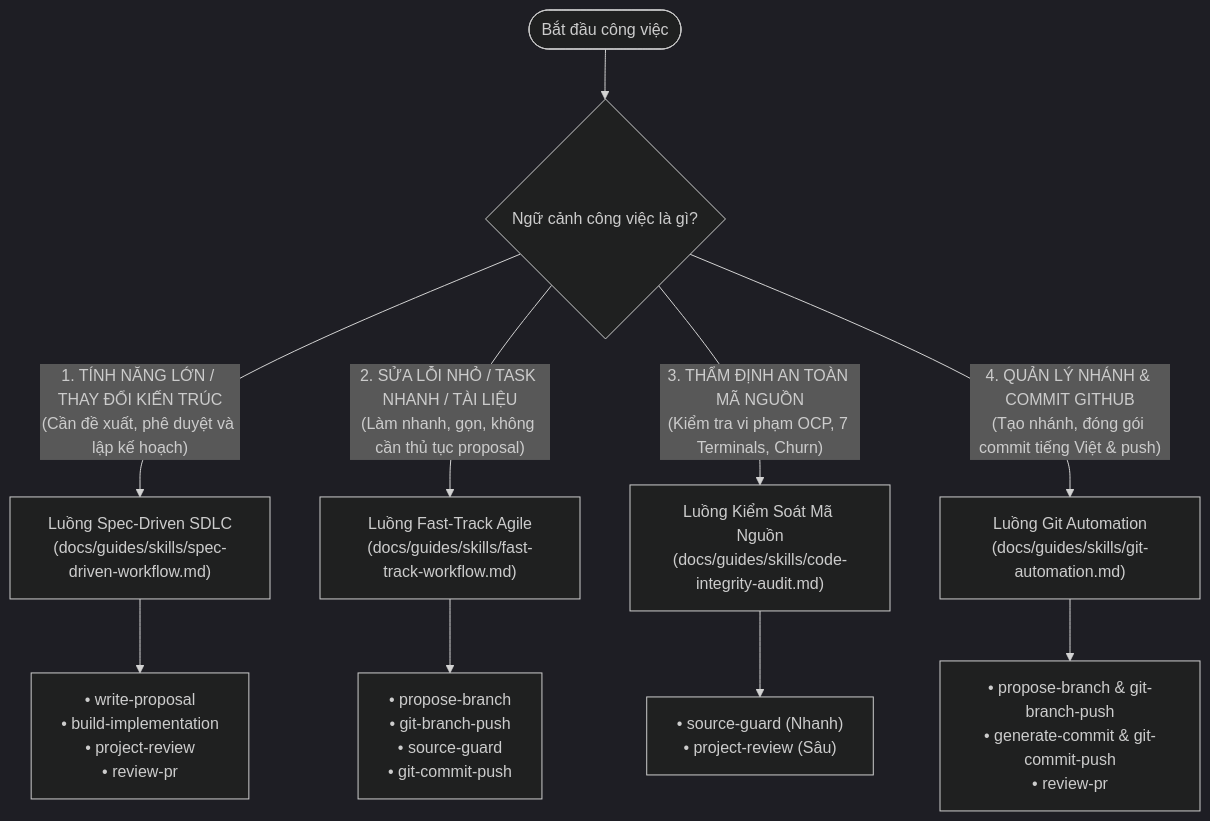
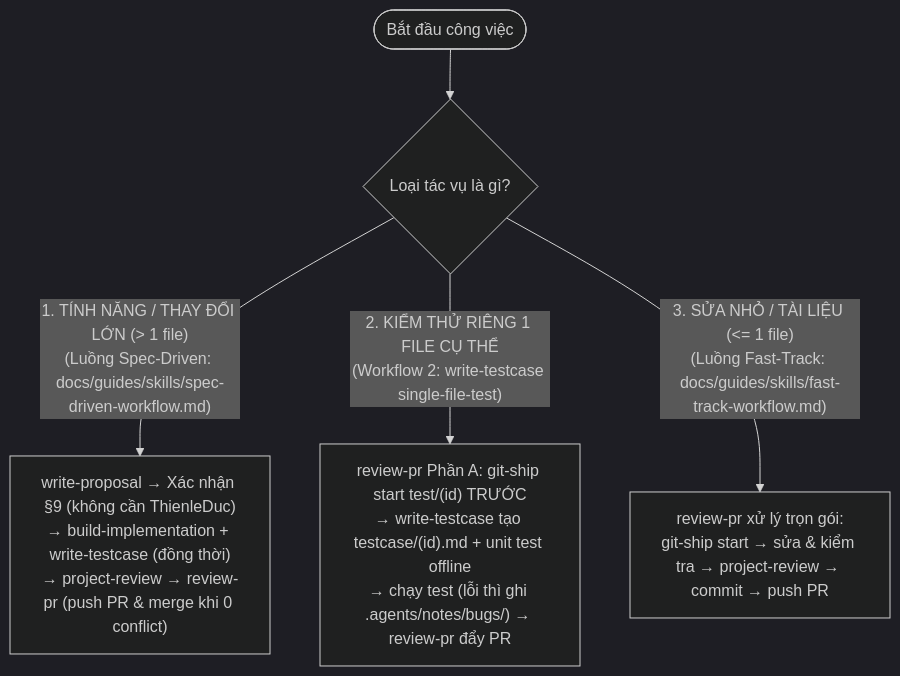
The diagram in docs/guides/skills/README.md (ThienleDuc/GDMAS), drawn with Mermaid (dark theme) before and after one commit. The commit also changed other lines of this file and 120 other files, not shown here.

````diff
--- a/docs/guides/skills/README.md
+++ b/docs/guides/skills/README.md
@@ -11,14 +11,10 @@
 ```mermaid
 flowchart TD
-    Start([Bắt đầu công việc]) --> ContextDecision{Ngữ cảnh công việc là gì?}
+    Start([Bắt đầu công việc]) --> ContextDecision{Loại tác vụ là gì?}
 
-    ContextDecision -- "1. TÍNH NĂNG LỚN / THAY ĐỔI KIẾN TRÚC<br/>(Cần đề xuất, phê duyệt và lập kế hoạch)" --> Track1["Luồng Spec-Driven SDLC<br/>(docs/guides/skills/spec-driven-workflow.md)"]
-    ContextDecision -- "2. SỬA LỖI NHỎ / TASK NHANH / TÀI LIỆU<br/>(Làm nhanh, gọn, không cần thủ tục proposal)" --> Track2["Luồng Fast-Track Agile<br/>(docs/guides/skills/fast-track-workflow.md)"]
-    ContextDecision -- "3. THẨM ĐỊNH AN TOÀN MÃ NGUỒN<br/>(Kiểm tra vi phạm OCP, 7 Terminals, Churn)" --> Track3["Luồng Kiểm Soát Mã Nguồn<br/>(docs/guides/skills/code-integrity-audit.md)"]
-    ContextDecision -- "4. QUẢN LÝ NHÁNH & COMMIT GITHUB<br/>(Tạo nhánh, đóng gói commit tiếng Việt & push)" --> Track4["Luồng Git Automation<br/>(docs/guides/skills/git-automation.md)"]
+    ContextDecision -- "1. TÍNH NĂNG / THAY ĐỔI LỚN (> 1 file)<br/>(Luồng Spec-Driven: docs/guides/skills/spec-driven-workflow.md)" --> Track1["write-proposal → Xác nhận §9 (không cần ThienleDuc)<br/>→ build-implementation + write-testcase (đồng thời)<br/>→ project-review → review-pr (push PR & merge khi 0 conflict)"]
 
-    Track1 --> T1Skills["• write-proposal<br/>• build-implementation<br/>• project-review<br/>• review-pr"]
-    Track2 --> T2Skills["• propose-branch<br/>• git-branch-push<br/>• source-guard<br/>• git-commit-push"]
-    Track3 --> T3Skills["• source-guard (Nhanh)<br/>• project-review (Sâu)"]
-    Track4 --> T4Skills["• propose-branch & git-branch-push<br/>• generate-commit & git-commit-push<br/>• review-pr"]
+    ContextDecision -- "2. KIỂM THỬ RIÊNG 1 FILE CỤ THỂ<br/>(Workflow 2: write-testcase single-file-test)" --> Track2["review-pr Phần A: git-ship start test/(id) TRƯỚC<br/>→ write-testcase tạo testcase/(id).md + unit test offline<br/>→ chạy test (lỗi thì ghi .agents/notes/bugs/) → review-pr đẩy PR"]
+
+    ContextDecision -- "3. SỬA NHỎ / TÀI LIỆU (<= 1 file)<br/>(Luồng Fast-Track: docs/guides/skills/fast-track-workflow.md)" --> Track3["review-pr xử lý trọn gói:<br/>git-ship start → sửa & kiểm tra → project-review → commit → push PR"]
 ```
````
